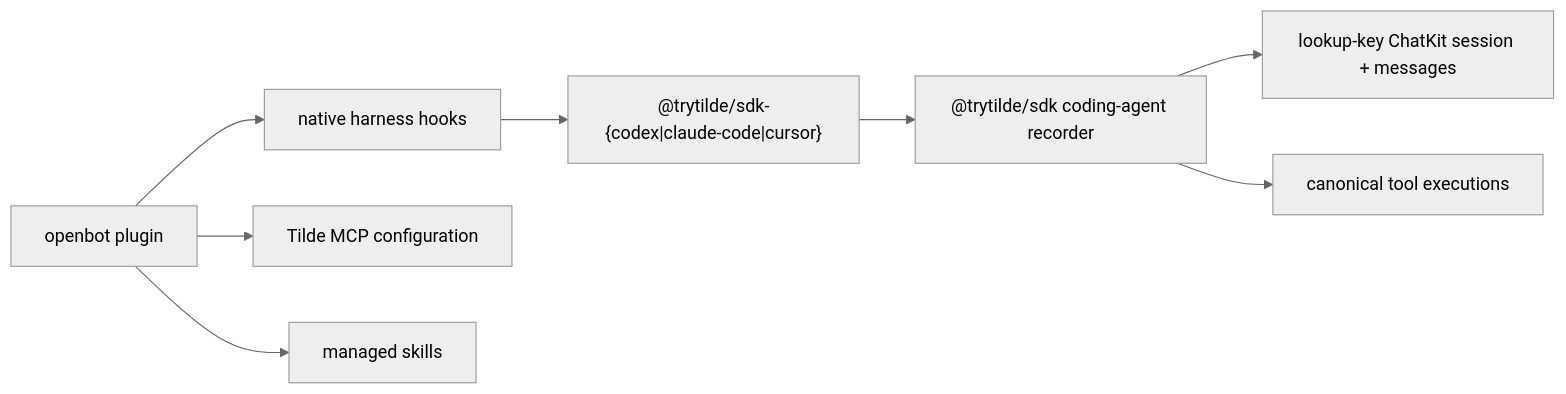
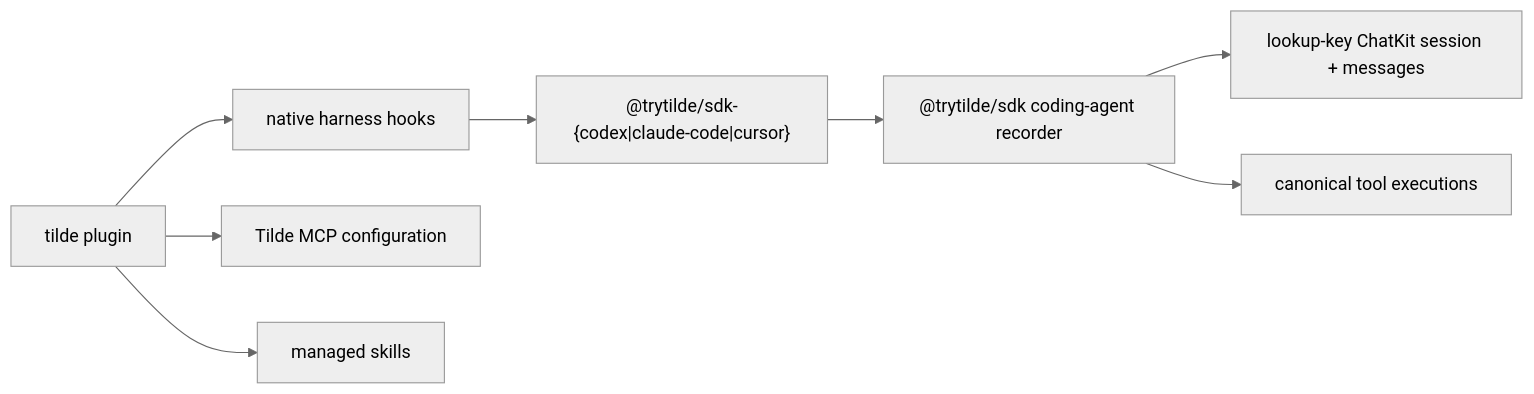
Before and after one commit to trytilde/dispatch: the diagram in docs/updates/115.md, drawn with Mermaid (neutral theme). The commit also changed other lines of this file and 668 other files, not shown here.

````diff
--- a/docs/updates/115.md
+++ b/docs/updates/115.md
@@ -9,10 +9,10 @@
 ```mermaid
 flowchart LR
   Native["native harness hooks"] --> Adapter["@trytilde/sdk-{codex|claude-code|cursor}"]
   Adapter --> Core["@trytilde/sdk coding-agent recorder"]
   Core --> Session["lookup-key ChatKit session + messages"]
   Core --> Tools["canonical tool executions"]
-  CLI["openbot plugin"] --> Native
+  CLI["tilde plugin"] --> Native
   CLI --> MCP["Tilde MCP configuration"]
   CLI --> Skills["managed skills"]
 ```
````
